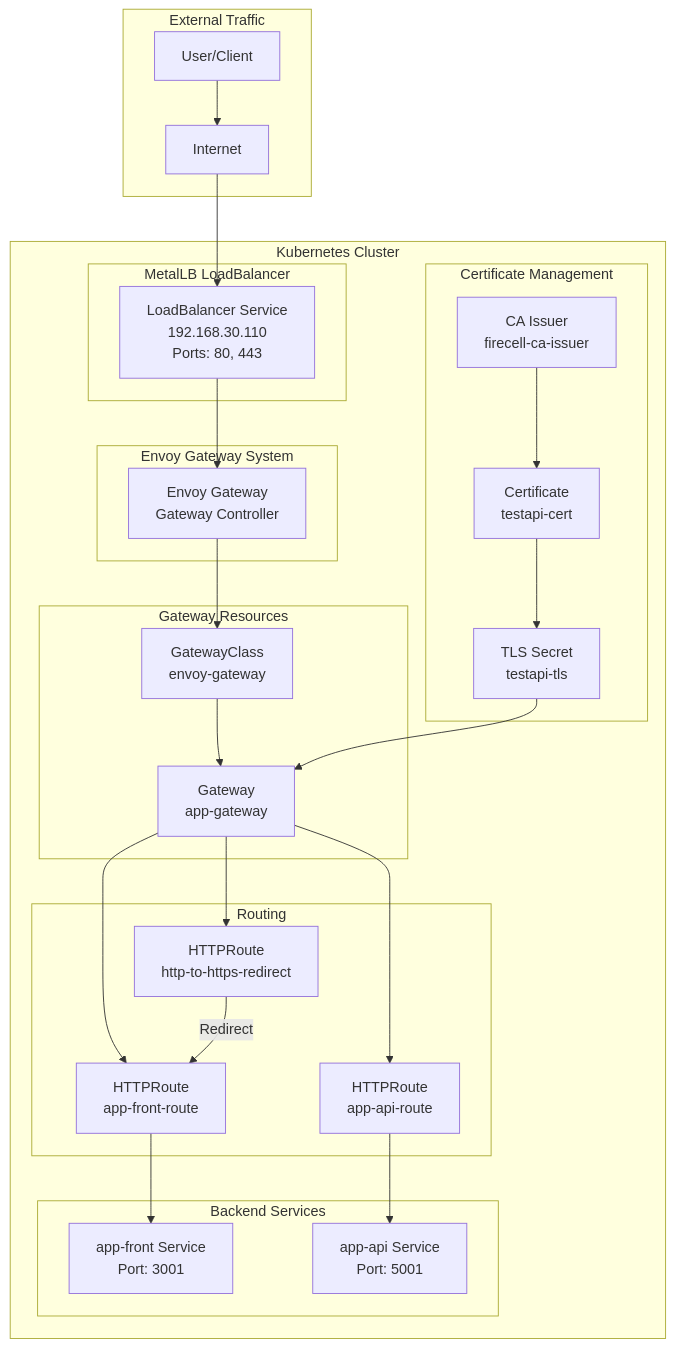
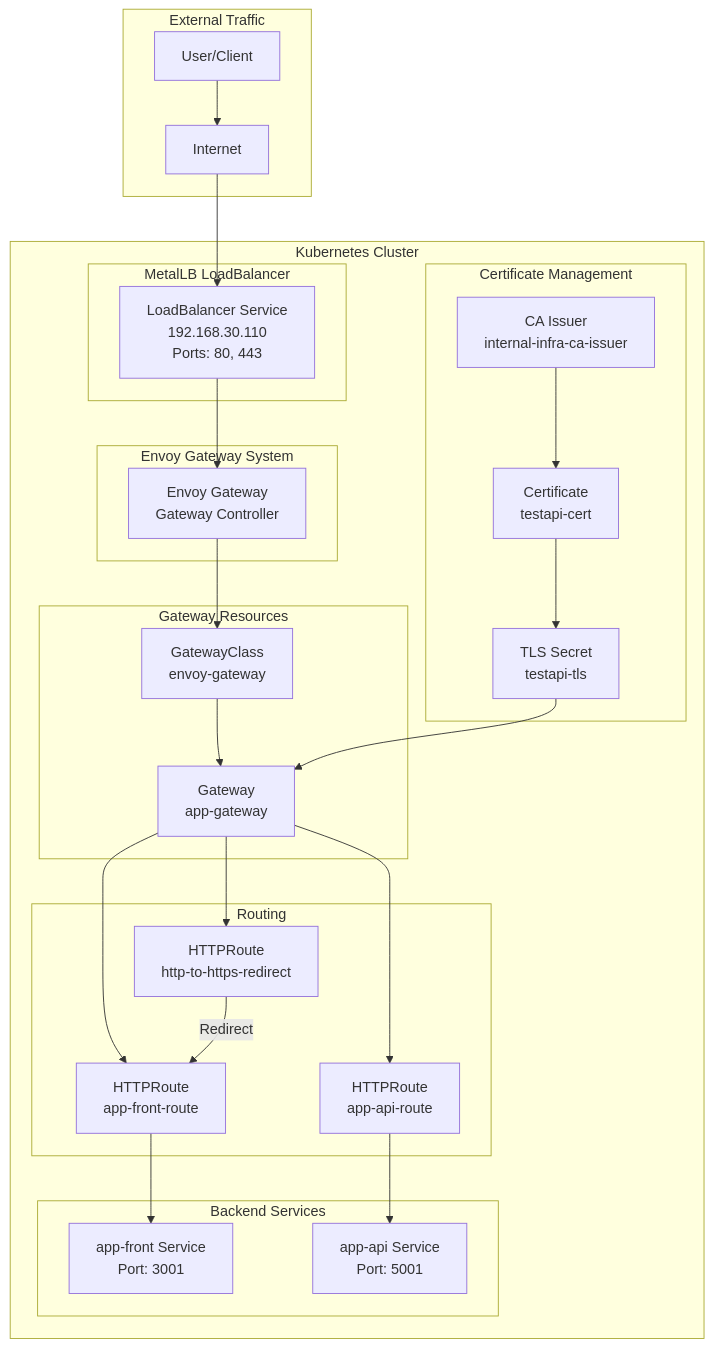
Before and after one commit to moe-git-pro/envoy-proxy-setup: the diagram in README.md, drawn with Mermaid. The commit also changed other lines of this file and 6 other files, not shown here.

Commit message:
Replace firecell with internal-infra throughout the codebase

````diff
--- a/README.md
+++ b/README.md
@@ -17,54 +17,54 @@
 ```mermaid
 graph TB
     subgraph "External Traffic"
         User[User/Client]
         Internet[Internet]
     end
     
     subgraph "Kubernetes Cluster"
         subgraph "MetalLB LoadBalancer"
             LB[LoadBalancer Service<br/>192.168.30.110<br/>Ports: 80, 443]
         end
         
         subgraph "Envoy Gateway System"
             EG[Envoy Gateway<br/>Gateway Controller]
         end
         
         subgraph "Gateway Resources"
             GC[GatewayClass<br/>envoy-gateway]
             GW[Gateway<br/>app-gateway]
         end
         
         subgraph "Routing"
             HTTPRoute1[HTTPRoute<br/>http-to-https-redirect]
             HTTPRoute2[HTTPRoute<br/>app-front-route]
             HTTPRoute3[HTTPRoute<br/>app-api-route]
         end
         
         subgraph "Certificate Management"
-            CA[CA Issuer<br/>firecell-ca-issuer]
+            CA[CA Issuer<br/>internal-infra-ca-issuer]
             Cert[Certificate<br/>testapi-cert]
             Secret[TLS Secret<br/>testapi-tls]
         end
         
         subgraph "Backend Services"
             Frontend[app-front Service<br/>Port: 3001]
             API[app-api Service<br/>Port: 5001]
         end
     end
     
     User --> Internet
     Internet --> LB
     LB --> EG
     EG --> GC
     GC --> GW
     GW --> HTTPRoute1
     GW --> HTTPRoute2
     GW --> HTTPRoute3
     HTTPRoute1 -->|Redirect| HTTPRoute2
     HTTPRoute2 --> Frontend
     HTTPRoute3 --> API
     CA --> Cert
     Cert --> Secret
     Secret --> GW
 ```
````
